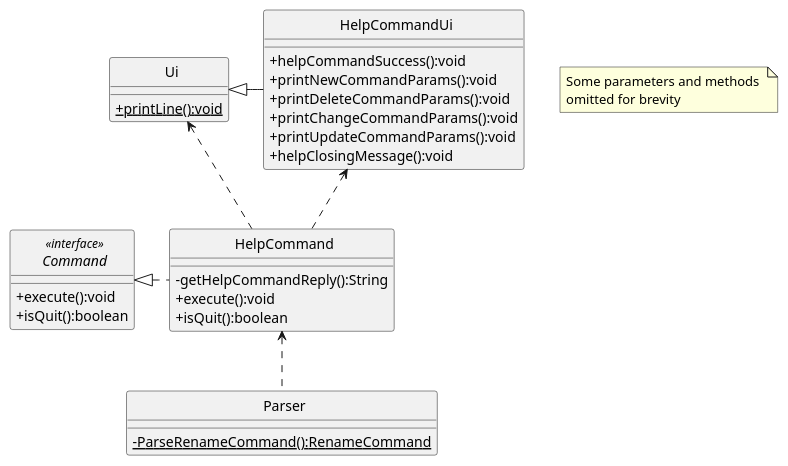
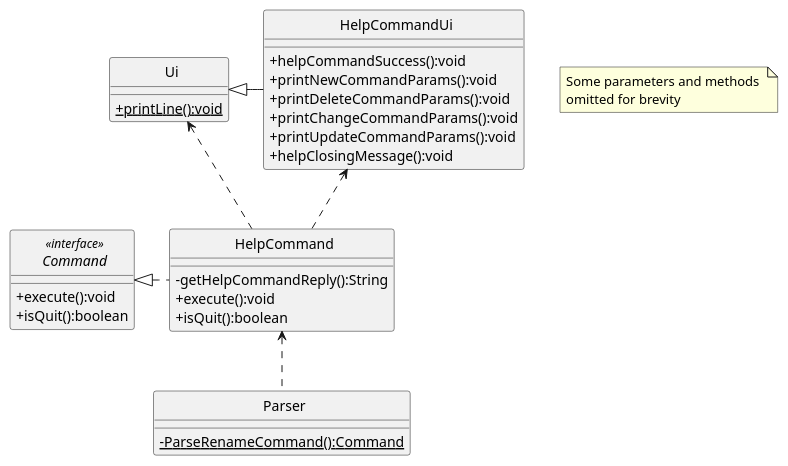
The first of 2 diagrams in docs/uml-diagrams/HelpCommand.puml (rismm/tp), drawn with PlantUML before and after one commit. The commit also changed 31 other files, not shown here.

Commit message:
Add Revenue and Profit UML, Edit return type in other Command UMLs

```diff
--- a/docs/uml-diagrams/HelpCommand.puml
+++ b/docs/uml-diagrams/HelpCommand.puml
@@ -1,48 +1,48 @@
 @startuml
 'https://plantuml.com/class-diagram
 skinparam classAttributeIconSize 0
 skinparam CircledCharacterFontSize 0
 skinparam CircledCharacterRadius 0
 
 interface Command
 class HelpCommandUi
 class HelpCommand
 class Parser
 class Ui
 
 Ui <|- HelpCommandUi
 HelpCommand <.. Parser
 Command <|. HelpCommand
 Ui <.. HelpCommand
 HelpCommandUi <.. HelpCommand
 
 interface Command <<interface>> {
     +execute():void
     +isQuit():boolean
 }
 class HelpCommand {
     -getHelpCommandReply():String
     +execute():void
     +isQuit():boolean
 }
 
 class Ui {
     {static}+printLine():void
 }
 
 class HelpCommandUi {
 +helpCommandSuccess():void
 +printNewCommandParams():void
 +printDeleteCommandParams():void
 +printChangeCommandParams():void
 +printUpdateCommandParams():void
 +helpClosingMessage():void
 }
 
 class Parser {
-    {static}-ParseRenameCommand():RenameCommand
+    {static}-ParseRenameCommand():Command
 }
 
 note "Some parameters and methods \nomitted for brevity" as n1
 
 @enduml
```
